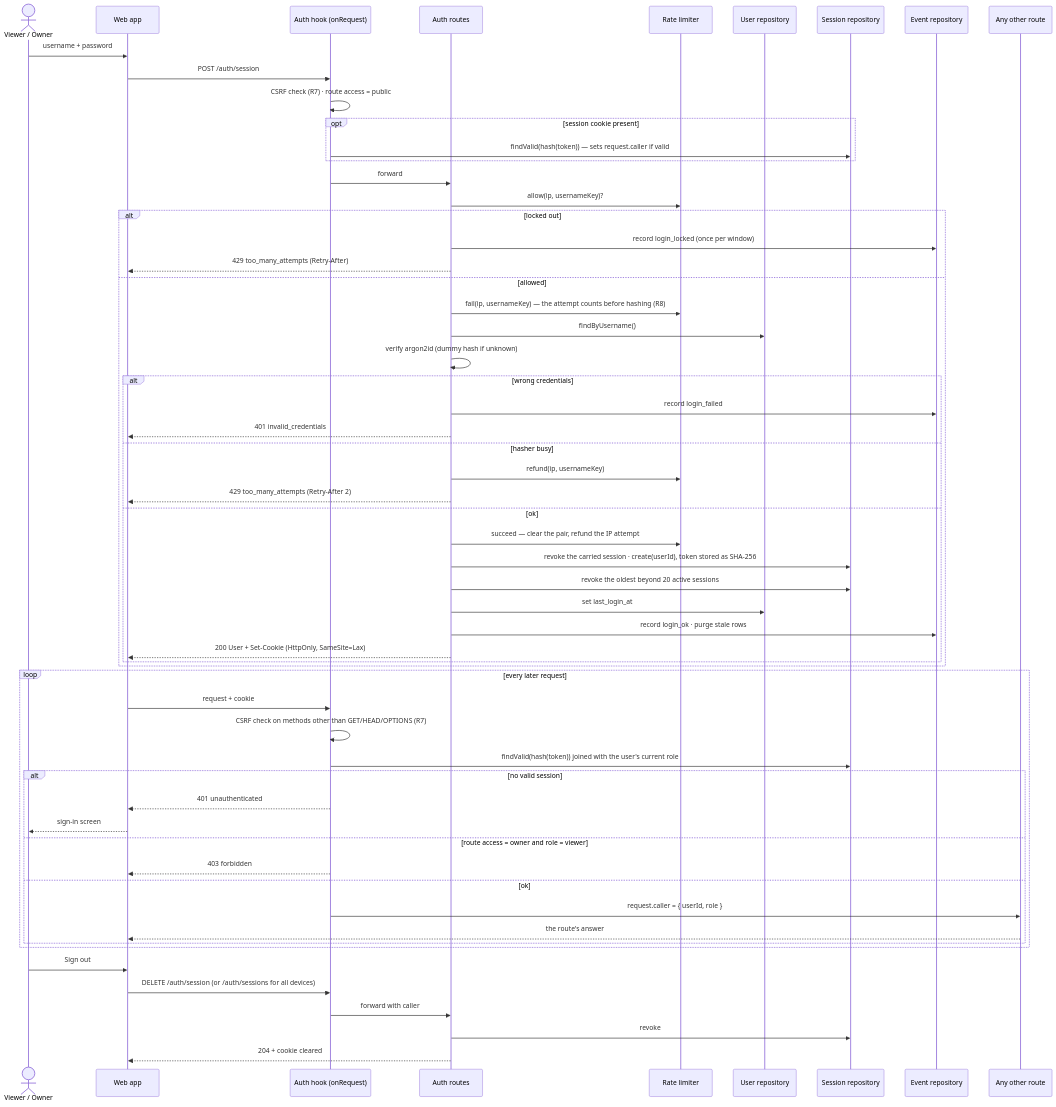
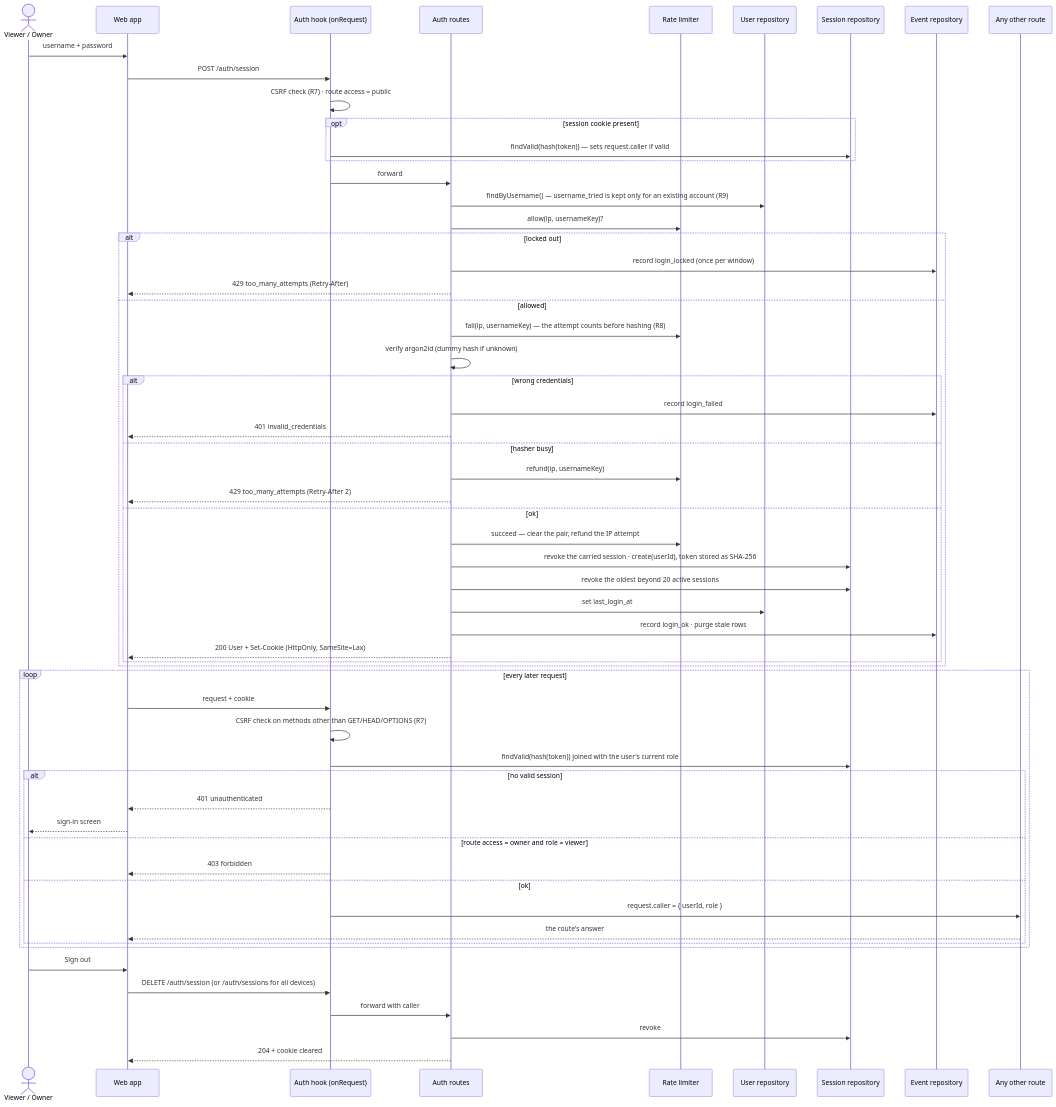
Before and after one commit to benoit-bremaud/popcorntv: the diagram in docs/architecture/diagrams/auth/02-sequence-sign-in.md, drawn with Mermaid. The commit also changed other lines of this file and 9 other files, not shown here.

````diff
--- a/docs/architecture/diagrams/auth/02-sequence-sign-in.md
+++ b/docs/architecture/diagrams/auth/02-sequence-sign-in.md
@@ -14,64 +14,64 @@
 ```mermaid
 sequenceDiagram
   actor U as Viewer / Owner
   participant W as Web app
   participant H as Auth hook (onRequest)
   participant API as Auth routes
   participant RL as Rate limiter
   participant UR as User repository
   participant SR as Session repository
   participant EL as Event repository
   participant R as Any other route
 
   U->>W: username + password
   W->>H: POST /auth/session
   H->>H: CSRF check (R7) · route access = public
   opt session cookie present
     H->>SR: findValid(hash(token)) — sets request.caller if valid
   end
   H->>API: forward
+  API->>UR: findByUsername() — username_tried is kept only for an existing account (R9)
   API->>RL: allow(ip, usernameKey)?
   alt locked out
     API->>EL: record login_locked (once per window)
     API-->>W: 429 too_many_attempts (Retry-After)
   else allowed
     API->>RL: fail(ip, usernameKey) — the attempt counts before hashing (R8)
-    API->>UR: findByUsername()
     API->>API: verify argon2id (dummy hash if unknown)
     alt wrong credentials
       API->>EL: record login_failed
       API-->>W: 401 invalid_credentials
     else hasher busy
       API->>RL: refund(ip, usernameKey)
       API-->>W: 429 too_many_attempts (Retry-After 2)
     else ok
       API->>RL: succeed — clear the pair, refund the IP attempt
       API->>SR: revoke the carried session · create(userId), token stored as SHA-256
       API->>SR: revoke the oldest beyond 20 active sessions
       API->>UR: set last_login_at
       API->>EL: record login_ok · purge stale rows
       API-->>W: 200 User + Set-Cookie (HttpOnly, SameSite=Lax)
     end
   end
 
   loop every later request
     W->>H: request + cookie
     H->>H: CSRF check on methods other than GET/HEAD/OPTIONS (R7)
     H->>SR: findValid(hash(token)) joined with the user's current role
     alt no valid session
       H-->>W: 401 unauthenticated
       W-->>U: sign-in screen
     else route access = owner and role = viewer
       H-->>W: 403 forbidden
     else ok
       H->>R: request.caller = { userId, role }
       R-->>W: the route's answer
     end
   end
 
   U->>W: Sign out
   W->>H: DELETE /auth/session (or /auth/sessions for all devices)
   H->>API: forward with caller
   API->>SR: revoke
   API-->>W: 204 + cookie cleared
 ```
````
